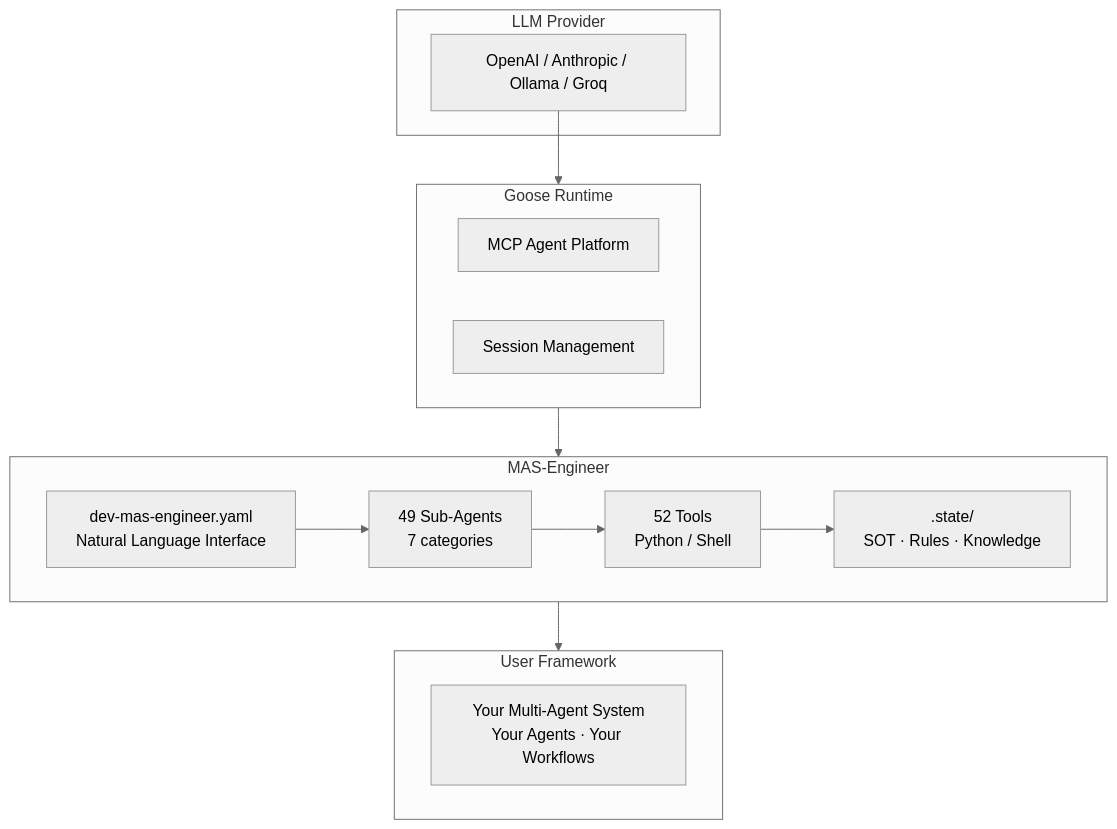
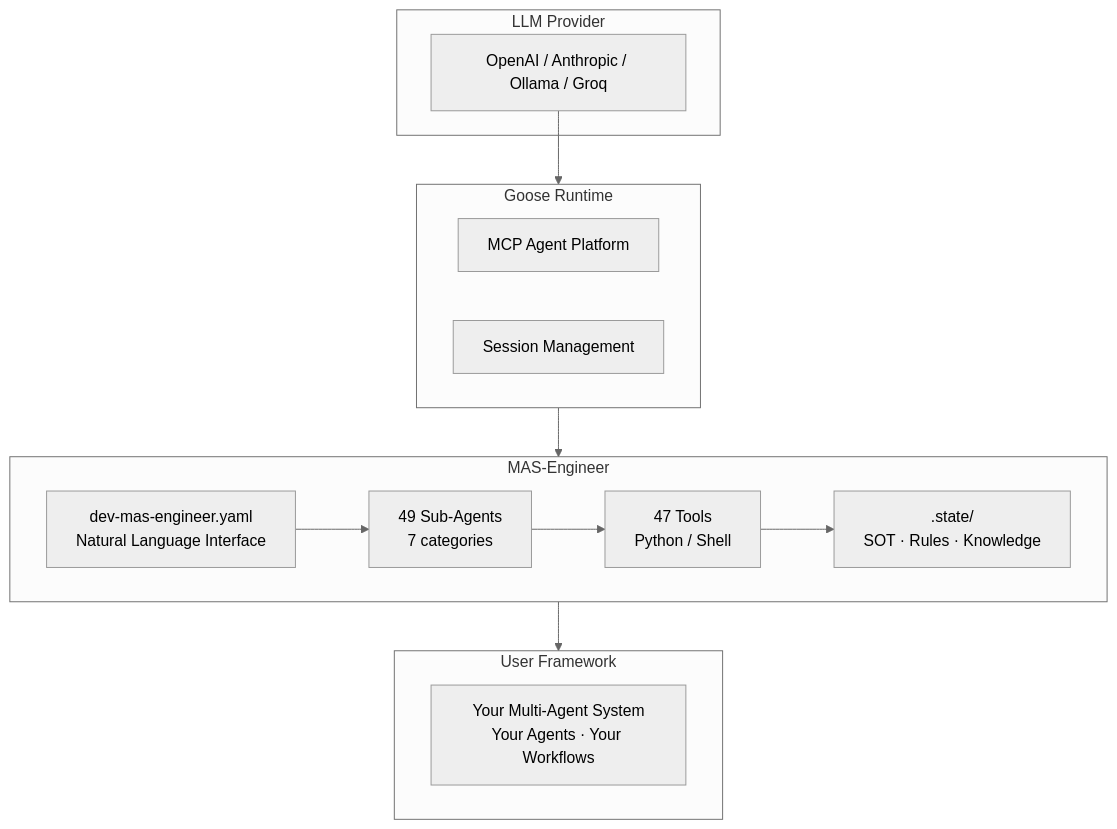
The first of 5 diagrams in docs/architecture.md (mczardybon/mas-engineer), drawn with Mermaid (neutral theme) before and after one commit. The commit also changed other lines of this file and 5 other files, not shown here.

Commit message:
docs: fix tool counts 52→47, POC claim, Mermaid bug, pie chart, patterns

````diff
--- a/docs/architecture.md
+++ b/docs/architecture.md
@@ -5,26 +5,26 @@
 ```mermaid
 flowchart TB
     subgraph LLM["LLM Provider"]
         L1["OpenAI / Anthropic / Ollama / Groq"]
     end
     subgraph GOOSE["Goose Runtime"]
         G1["MCP Agent Platform"]
         G2["Session Management"]
     end
     subgraph ENGINEER["MAS-Engineer"]
         E1["dev-mas-engineer.yaml\nNatural Language Interface"]
         E2["49 Sub-Agents\n7 categories"]
-        E3["52 Tools\nPython / Shell"]
+        E3["47 Tools\nPython / Shell"]
         E4[".state/\nSOT · Rules · Knowledge"]
     end
     subgraph USER["User Framework"]
         U1["Your Multi-Agent System\nYour Agents · Your Workflows"]
     end
 
     L1 --> GOOSE
     GOOSE --> ENGINEER
     ENGINEER --> USER
     E1 --> E2
     E2 --> E3
     E3 --> E4
 ```
````
